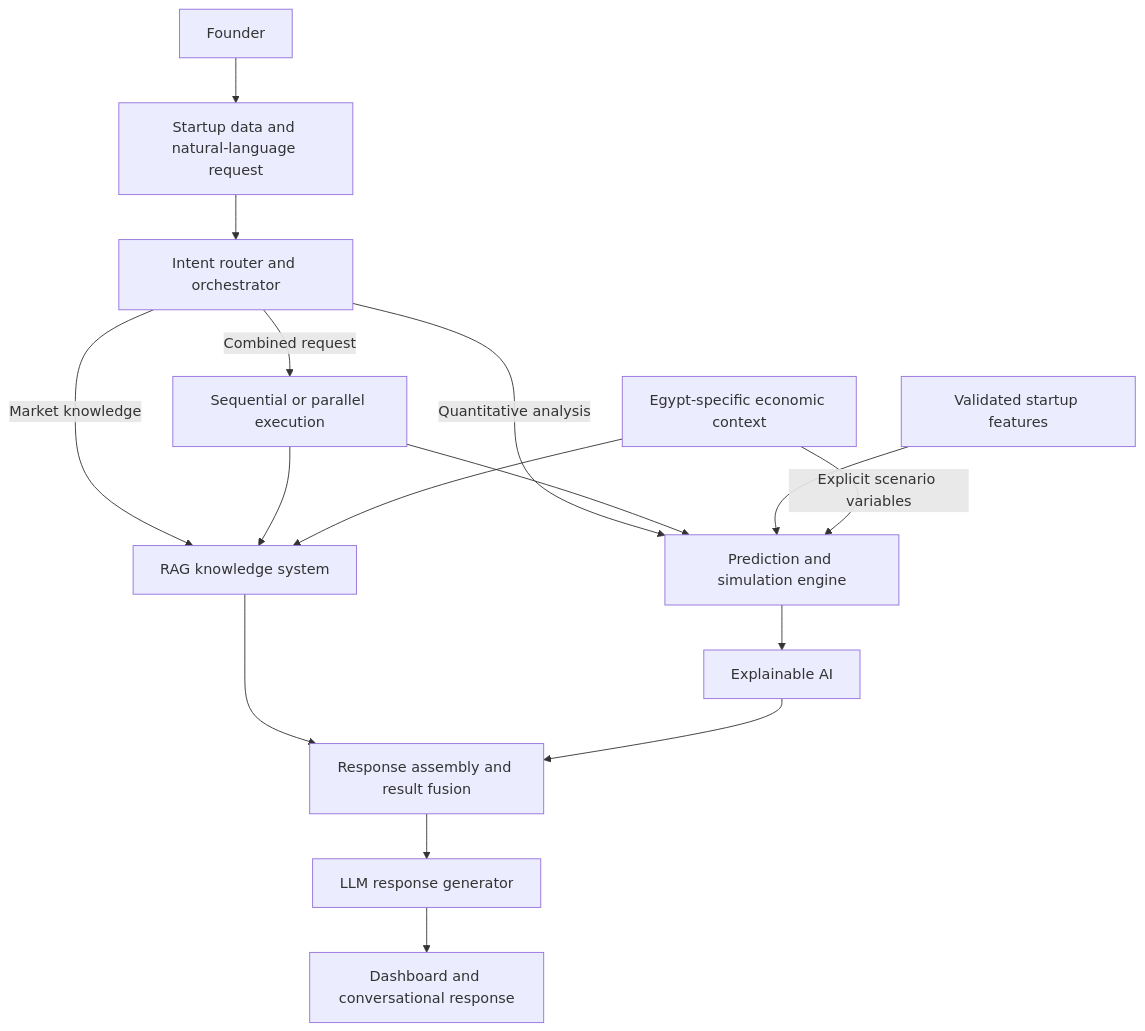
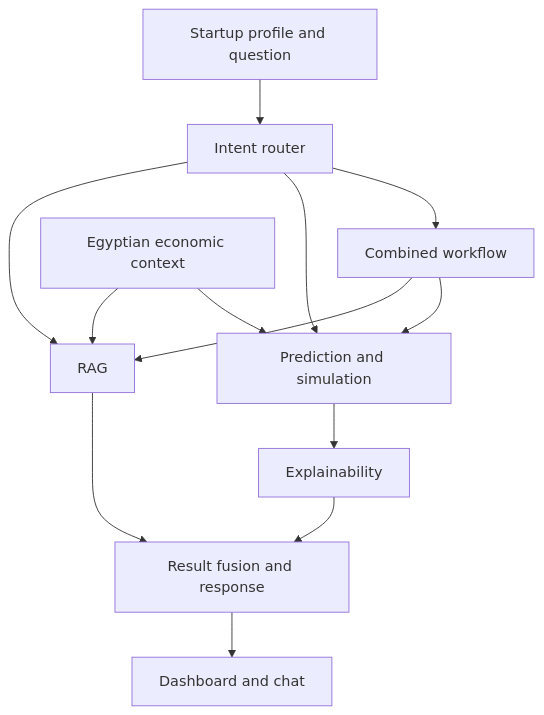
Before and after one commit to Abdelrhman-Ameen/egyptian-startup-intelligence-system: the diagram in README.md, drawn with Mermaid. The commit also changed other lines of this file, not shown here.

````diff
--- a/README.md
+++ b/README.md
@@ -62,18 +25,15 @@
 ```mermaid
 flowchart TD
-    U[Founder] --> I[Startup data and natural-language request]
-    I --> O[Intent router and orchestrator]
-    O -->|Market knowledge| R[RAG knowledge system]
-    O -->|Quantitative analysis| P[Prediction and simulation engine]
-    O -->|Combined request| C[Sequential or parallel execution]
-    C --> R
-    C --> P
-    D[Validated startup features] --> P
-    E[Egypt-specific economic context] --> R
-    E -->|Explicit scenario variables| P
-    P --> X[Explainable AI]
-    R --> F[Response assembly and result fusion]
-    X --> F
-    F --> L[LLM response generator]
-    L --> V[Dashboard and conversational response]
+    A[Startup profile and question] --> B[Intent router]
+    B --> C[RAG]
+    B --> D[Prediction and simulation]
+    B --> E[Combined workflow]
+    E --> C
+    E --> D
+    F[Egyptian economic context] --> C
+    F --> D
+    D --> G[Explainability]
+    C --> H[Result fusion and response]
+    G --> H
+    H --> I[Dashboard and chat]
 ```
````
